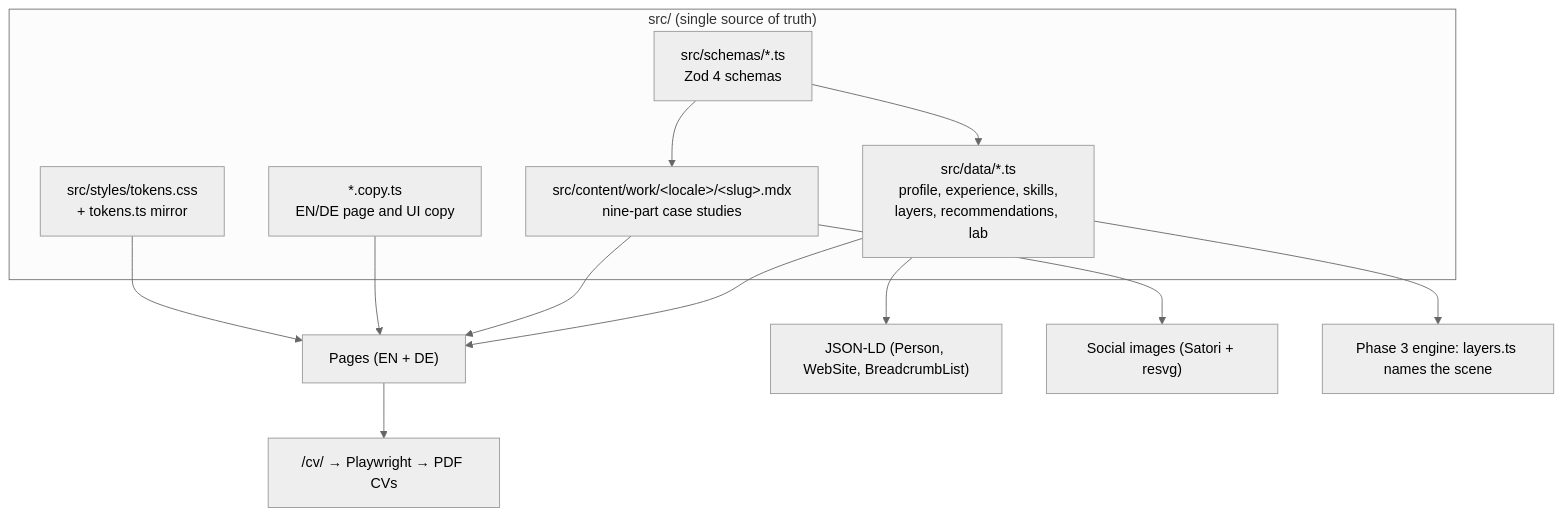
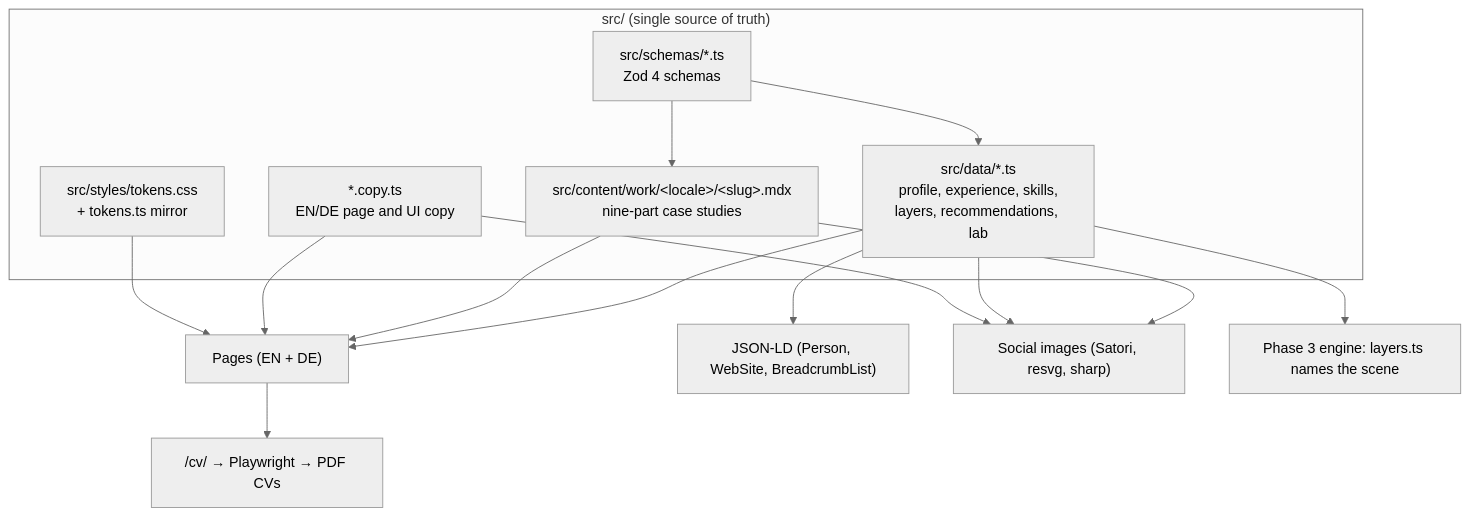
One commit to Medlkhl/medlkhl2.github.io changed the second of 3 diagrams in ARCHITECTURE.md. Above: the diagram before and after it, drawn with Mermaid (neutral theme). The commit also changed other lines of this file and 2 other files, not shown here.

First line of the commit message:
Document the integrated Phase 1 site in DECISIONS, ARCHITECTURE and README

````diff
--- a/ARCHITECTURE.md
+++ b/ARCHITECTURE.md
@@ -39,20 +39,22 @@
 ```mermaid
 flowchart TB
   subgraph Source["src/ (single source of truth)"]
     D["src/data/*.ts<br/>profile, experience, skills,<br/>layers, recommendations, lab"]
     S["src/schemas/*.ts<br/>Zod 4 schemas"]
     W["src/content/work/&lt;locale&gt;/&lt;slug&gt;.mdx<br/>nine-part case studies"]
     C["*.copy.ts<br/>EN/DE page and UI copy"]
     T["src/styles/tokens.css<br/>+ tokens.ts mirror"]
   end
   S --> D
   S --> W
   D --> P["Pages (EN + DE)"]
   W --> P
   C --> P
   T --> P
   P --> CV["/cv/ → Playwright → PDF CVs"]
   D --> J["JSON-LD (Person, WebSite, BreadcrumbList)"]
-  W --> O["Social images (Satori + resvg)"]
+  W --> O["Social images (Satori, resvg, sharp)"]
+  D --> O
+  C --> O
   D --> E["Phase 3 engine: layers.ts names the scene"]
 ```
````
